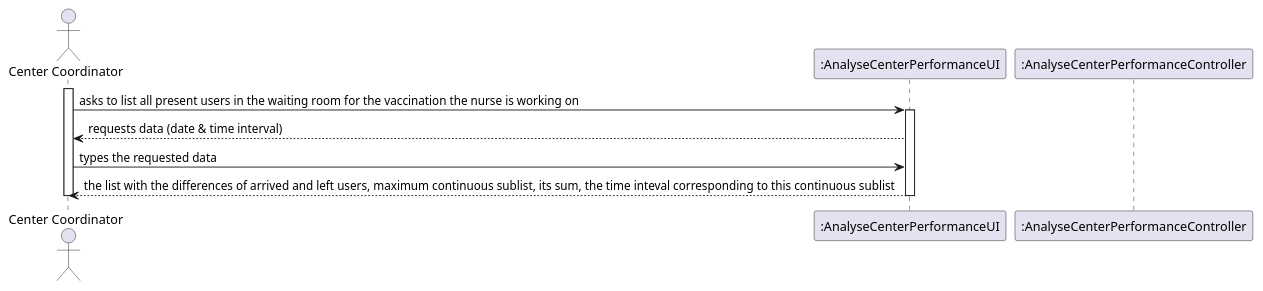
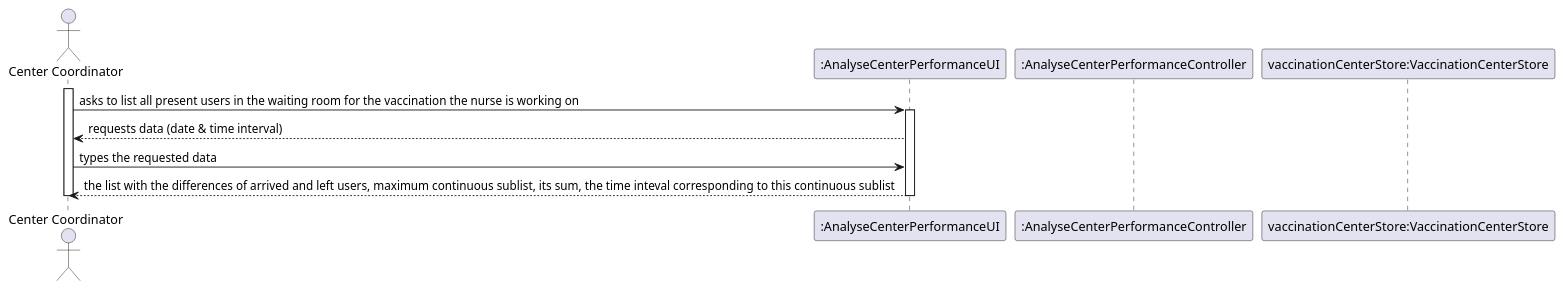
One commit to miseEnPlace-i/lapr2 changed the diagram in docs/SprintD/US16/SD/US16_SD.puml. Above: the diagram before and after it, drawn with PlantUML. The commit also changed 3 other files, not shown here.

```diff
--- a/docs/SprintD/US16/SD/US16_SD.puml
+++ b/docs/SprintD/US16/SD/US16_SD.puml
@@ -1,17 +1,18 @@
 @startuml
 
 actor "Center Coordinator" AS COORD
 participant ":AnalyseCenterPerformanceUI" as UI
 participant ":AnalyseCenterPerformanceController" as CTRL
+participant "vaccinationCenterStore:VaccinationCenterStore" as VACCS
 
 activate COORD
 COORD -> UI : asks to list all present users in the waiting room for the vaccination the nurse is working on
 activate UI
 UI --> COORD : requests data (date & time interval)
 COORD -> UI : types the requested data
 UI --> COORD : the list with the differences of arrived and left users, maximum continuous sublist, its sum, the time inteval corresponding to this continuous sublist 
 deactivate UI
 
 deactivate COORD
 
 @enduml
```
